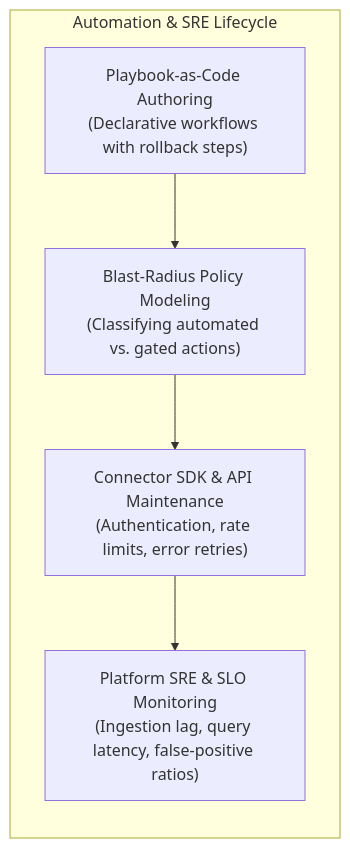
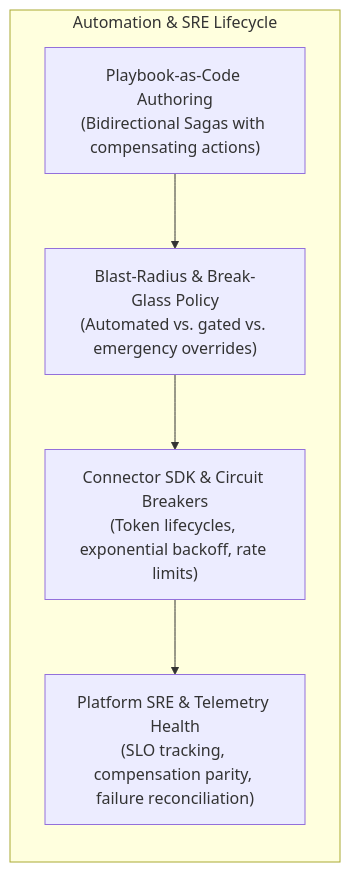
One commit to Haribu/TIDIR changed the fifth of 6 diagrams in docs/architecture/05-cross-cutting-engineering-disciplines.md. Above: the diagram before and after it, drawn with Mermaid. The commit also changed other lines of this file and 34 other files, not shown here.

````diff
--- a/docs/architecture/05-cross-cutting-engineering-disciplines.md
+++ b/docs/architecture/05-cross-cutting-engineering-disciplines.md
@@ -136,13 +146,13 @@
 ```mermaid
 flowchart LR
   subgraph AE_Workflow ["Automation & SRE Lifecycle"]
-    PLAYBOOK["Playbook-as-Code Authoring\n(Declarative workflows with rollback steps)"]
-    BLAST_GATE["Blast-Radius Policy Modeling\n(Classifying automated vs. gated actions)"]
-    CONNECTOR["Connector SDK & API Maintenance\n(Authentication, rate limits, error retries)"]
-    PLATFORM_SRE["Platform SRE & SLO Monitoring\n(Ingestion lag, query latency, false-positive ratios)"]
+    PLAYBOOK["Playbook-as-Code Authoring\n(Bidirectional Sagas with compensating actions)"]
+    BLAST_GATE["Blast-Radius & Break-Glass Policy\n(Automated vs. gated vs. emergency overrides)"]
+    CONNECTOR["Connector SDK & Circuit Breakers\n(Token lifecycles, exponential backoff, rate limits)"]
+    PLATFORM_SRE["Platform SRE & Telemetry Health\n(SLO tracking, compensation parity, failure reconciliation)"]
   end
 
   PLAYBOOK --> BLAST_GATE
   BLAST_GATE --> CONNECTOR
   CONNECTOR --> PLATFORM_SRE
 ```
````
